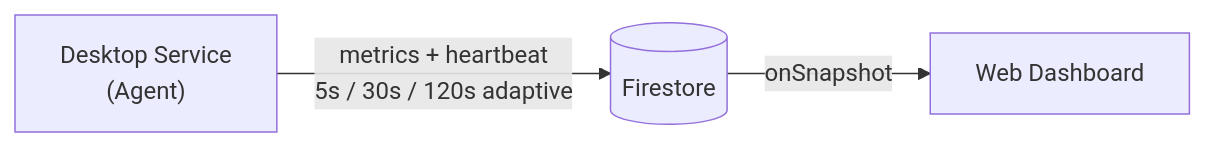
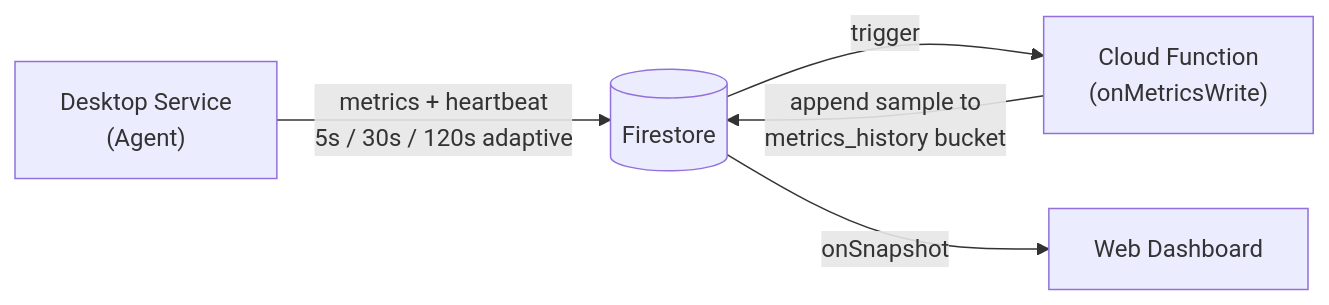
Before and after one commit to theexperiential/owlette: the second of 7 diagrams in docs/architecture.md, drawn with Mermaid. The commit also changed other lines of this file and 2 other files, not shown here.

First line of the commit message:
chore: misc tweaks — default project dir, cloud fns docs, preset rules

````diff
--- a/docs/architecture.md
+++ b/docs/architecture.md
@@ -76,9 +106,12 @@
 ```mermaid
 flowchart LR
     Agent["Desktop Service\n(Agent)"]
     FS[("Firestore")]
+    CF["Cloud Function\n(onMetricsWrite)"]
     Dashboard["Web Dashboard"]
 
     Agent -->|"metrics + heartbeat\n5s / 30s / 120s adaptive"| FS
+    FS -->|"trigger"| CF
+    CF -->|"append sample to\nmetrics_history bucket"| FS
     FS -->|"onSnapshot"| Dashboard
 ```
````
